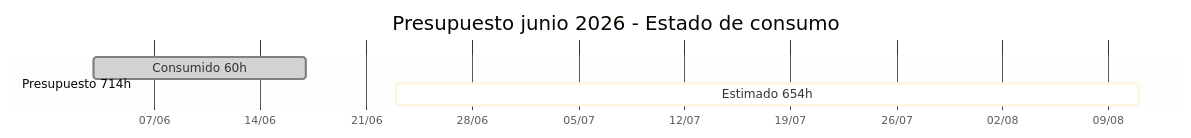
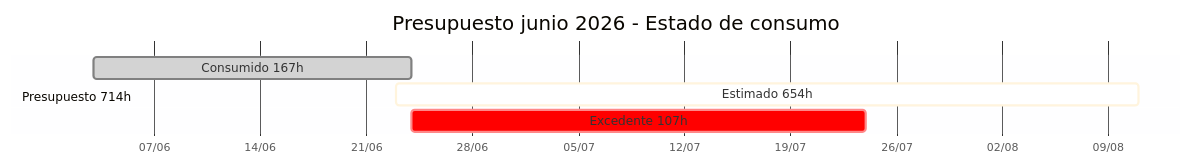
Before and after one commit to Mkdir-arg/Chaco-Back: the diagram in docs/client/financiero/mes-2026-06.md, drawn with Mermaid. The commit also changed other lines of this file and 6 other files, not shown here.

````diff
--- a/docs/client/financiero/mes-2026-06.md
+++ b/docs/client/financiero/mes-2026-06.md
@@ -50,11 +50,12 @@
 ```mermaid
 %%{init: {'theme':'base', 'themeVariables': {'fontSize':'16px'}}}%%
 gantt
     title Presupuesto junio 2026 - Estado de consumo
     dateFormat YYYY-MM-DD
     axisFormat %d/%m
     
     section Presupuesto 714h
-    Consumido 60h                    :done, consume, 2026-06-03, 2026-06-17
+    Consumido 167h                   :done, consume, 2026-06-03, 2026-06-24
     Estimado 654h                    :active, estimate, 2026-06-23, 49d
+    Excedente 107h                   :crit, over, 2026-06-24, 30d
 ```
````
